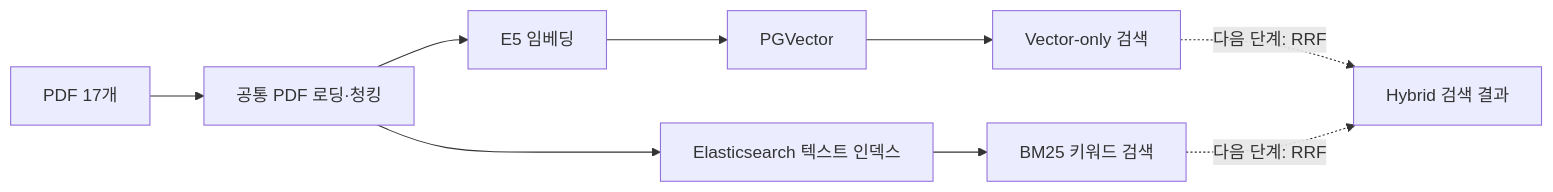
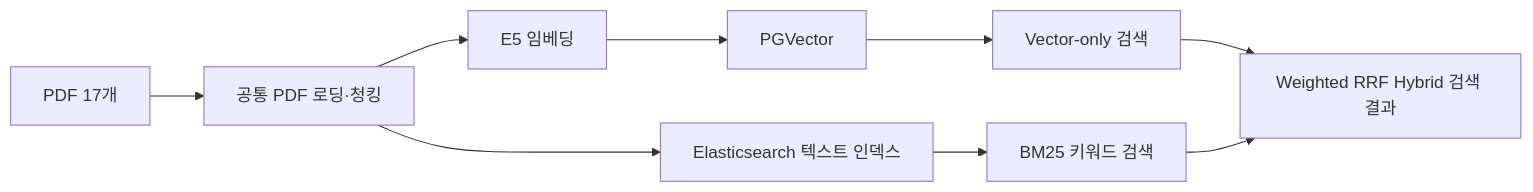
The first of 2 diagrams in docs/reports/ELASTICSEARCH_KEYWORD_PIPELINE.md (hjoo10200/RAG-personal-project), drawn with Mermaid before and after one commit. The commit also changed other lines of this file and 14 other files, not shown here.

````diff
--- a/docs/reports/ELASTICSEARCH_KEYWORD_PIPELINE.md
+++ b/docs/reports/ELASTICSEARCH_KEYWORD_PIPELINE.md
@@ -87,13 +87,13 @@
 ```mermaid
 flowchart LR
     PDF["PDF 17개"] --> CHUNK["공통 PDF 로딩·청킹"]
     CHUNK --> EMBED["E5 임베딩"]
     EMBED --> PG["PGVector"]
     PG --> VECTOR["Vector-only 검색"]
 
     CHUNK --> ESINDEX["Elasticsearch 텍스트 인덱스"]
     ESINDEX --> BM25["BM25 키워드 검색"]
 
-    VECTOR -. "다음 단계: RRF" .-> HYBRID["Hybrid 검색 결과"]
-    BM25 -. "다음 단계: RRF" .-> HYBRID
+    VECTOR --> HYBRID["Weighted RRF Hybrid 검색 결과"]
+    BM25 --> HYBRID
 ```
````
